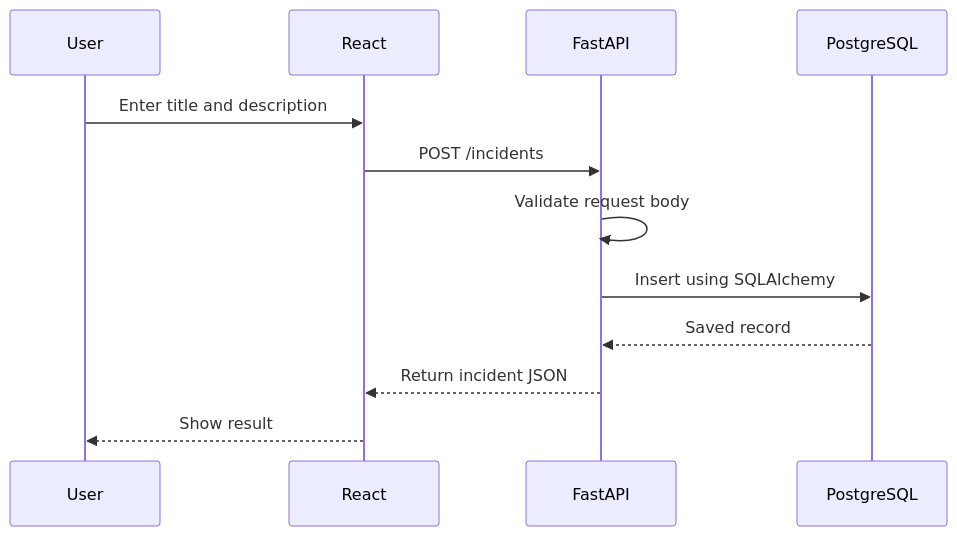
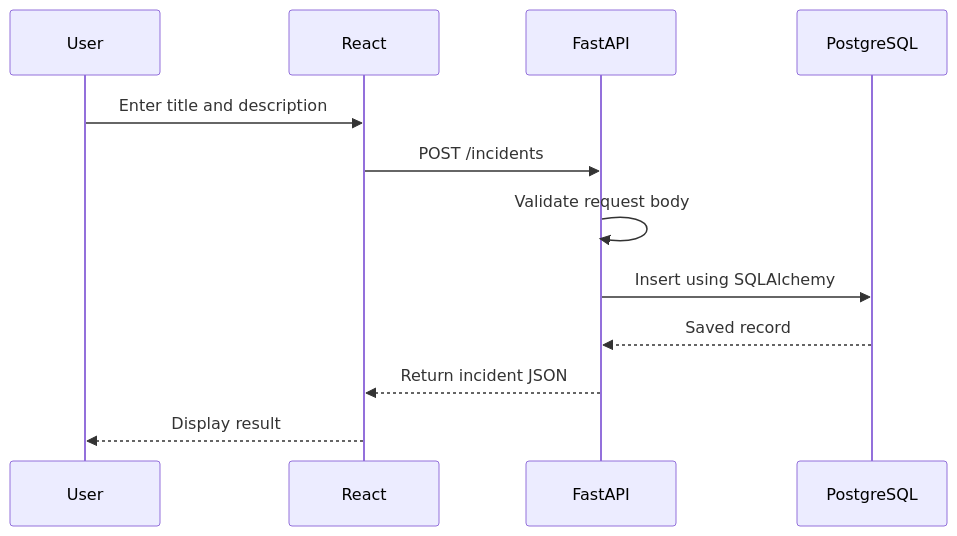
One commit to Bharath9542530187/CloudOps-Nexus changed the second of 2 diagrams in docs/workflow.md. Above: the diagram before and after it, drawn with Mermaid. The commit also changed other lines of this file and 5 other files, not shown here.

````diff
--- a/docs/workflow.md
+++ b/docs/workflow.md
@@ -39,14 +42,14 @@
 ```mermaid
 sequenceDiagram
     participant User
     participant UI as React
     participant API as FastAPI
     participant DB as PostgreSQL
     User->>UI: Enter title and description
     UI->>API: POST /incidents
     API->>API: Validate request body
     API->>DB: Insert using SQLAlchemy
     DB-->>API: Saved record
     API-->>UI: Return incident JSON
-    UI-->>User: Show result
+    UI-->>User: Display result
 ```
````
